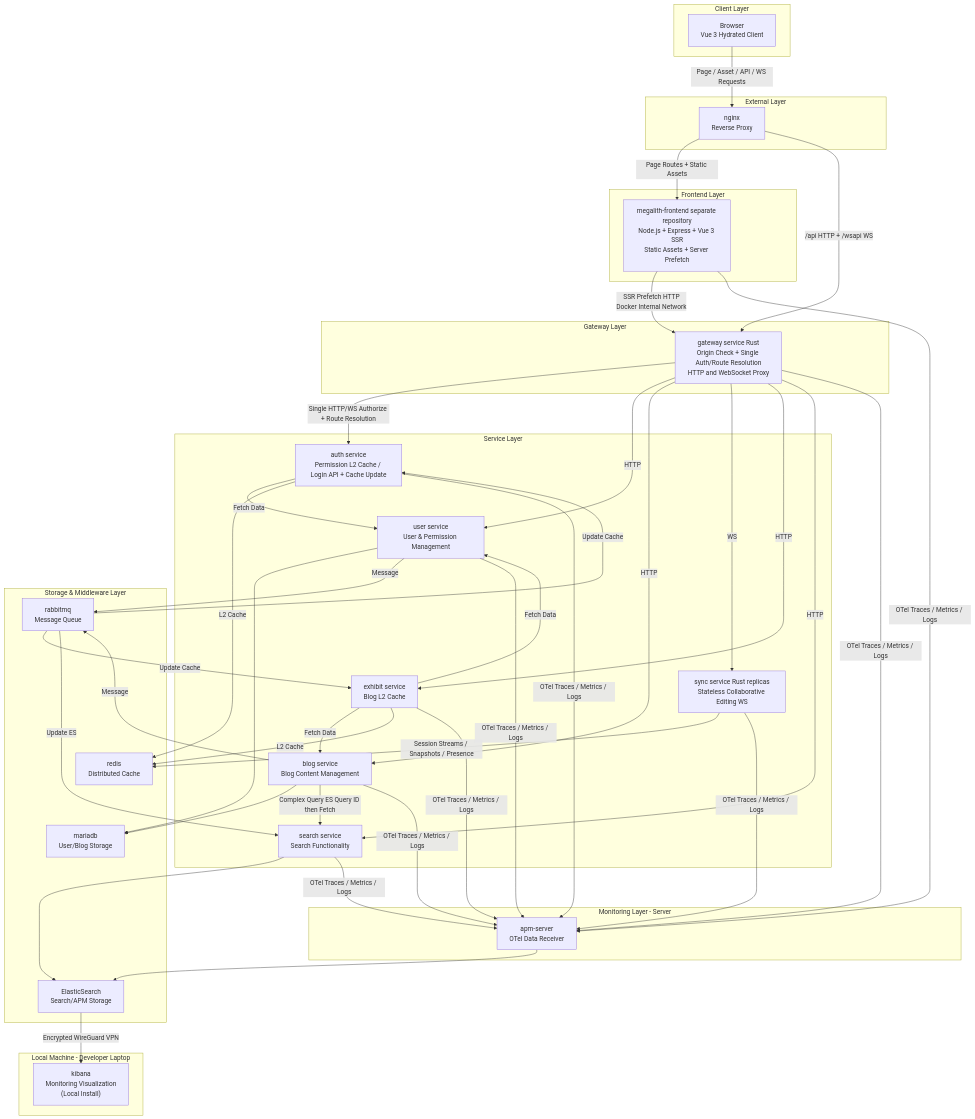
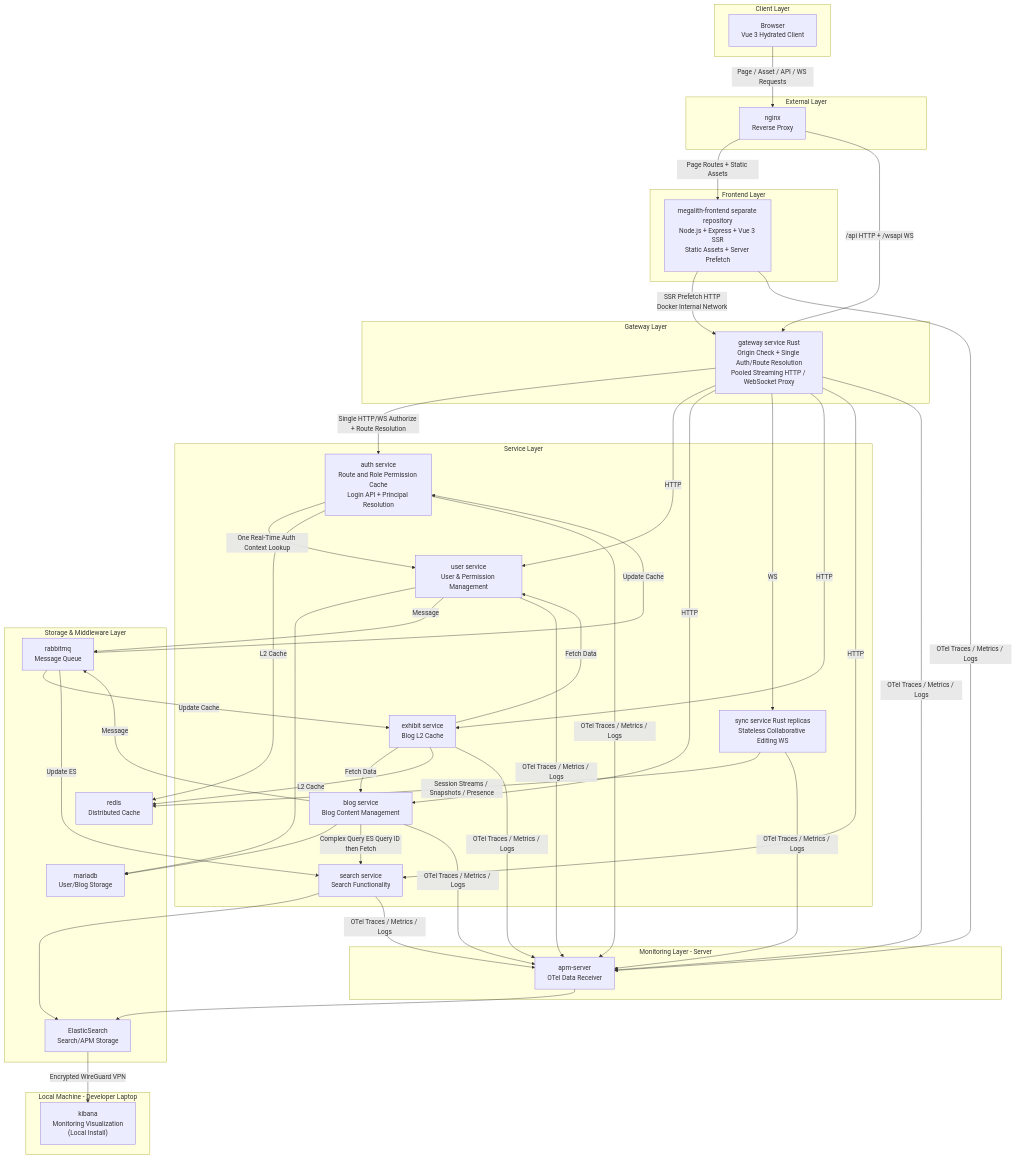
The diagram in README.md (mingchiuli/megalith-micro), drawn with Mermaid before and after one commit. The commit also changed other lines of this file and 61 other files, not shown here.

````diff
--- a/README.md
+++ b/README.md
@@ -12,68 +12,68 @@
 ```mermaid
 graph TD
     %% Layer Definitions
     subgraph ClientLayer[Client Layer]
         Browser["Browser<br/>Vue 3 Hydrated Client"]
     end
     subgraph ExternalLayer[External Layer]
         Nginx["nginx<br/>Reverse Proxy"]
     end
     subgraph FrontendLayer[Frontend Layer]
         Frontend["megalith-frontend separate repository<br/>Node.js + Express + Vue 3 SSR<br/>Static Assets + Server Prefetch"]
     end
     subgraph GatewayLayer[Gateway Layer]
-        Gateway["gateway service Rust<br/>Origin Check + Single Auth/Route Resolution<br/>HTTP and WebSocket Proxy"]
+        Gateway["gateway service Rust<br/>Origin Check + Single Auth/Route Resolution<br/>Pooled Streaming HTTP / WebSocket Proxy"]
     end
     subgraph ServiceLayer[Service Layer]
-        Auth["auth service<br/>Permission L2 Cache / Login API + Cache Update"]
+        Auth["auth service<br/>Route and Role Permission Cache<br/>Login API + Principal Resolution"]
         User["user service<br/>User & Permission Management"]
         Blog["blog service<br/>Blog Content Management"]
         Sync["sync service Rust replicas<br/>Stateless Collaborative Editing WS"]
         Exhibit["exhibit service<br/>Blog L2 Cache"]
         Search["search service<br/>Search Functionality"]
     end
     subgraph StorageLayer[Storage & Middleware Layer]
         MariaDB["mariadb<br/>User/Blog Storage"]
         Redis["redis<br/>Distributed Cache"]
         RabbitMQ["rabbitmq<br/>Message Queue"]
         ES["ElasticSearch<br/>Search/APM Storage"]
     end
     subgraph MonitoringLayer[Monitoring Layer - Server]
         APMServer["apm-server<br/>OTel Data Receiver"]
     end
     subgraph LocalMachine[Local Machine - Developer Laptop]
         Kibana["kibana<br/>Monitoring Visualization<br/>(Local Install)"]
     end
     %% Traffic Flow: page requests use SSR; browser API calls bypass Node
     Browser -->|Page / Asset / API / WS Requests| Nginx
     Nginx -->|Page Routes + Static Assets| Frontend
     Nginx -->|/api HTTP + /wsapi WS| Gateway
     Frontend -->|SSR Prefetch HTTP<br/>Docker Internal Network| Gateway
     Gateway -->|Single HTTP/WS Authorize + Route Resolution| Auth
     Gateway -->|HTTP| User
     Gateway -->|HTTP| Blog
     Gateway -->|WS| Sync
     Gateway -->|HTTP| Exhibit
     Gateway -->|HTTP| Search
     %% Business Dependencies
     User --> MariaDB
     Blog --> MariaDB
     Exhibit -->|Fetch Data| User
     Exhibit -->|Fetch Data| Blog
-    Auth -->|Fetch Data| User
+    Auth -->|One Real-Time Auth Context Lookup| User
     Search --> ES
     Blog -->|Complex Query ES Query ID then Fetch| Search
     %% Messages & Cache Auth receives RabbitMQ messages to update cache
     User -->|Message| RabbitMQ
     Blog -->|Message| RabbitMQ
     RabbitMQ -->|Update Cache| Exhibit
     RabbitMQ -->|Update ES| Search
     RabbitMQ -->|Update Cache| Auth
     Exhibit -->|L2 Cache| Redis
     Auth -->|L2 Cache| Redis
     Sync -->|Session Streams / Snapshots / Presence| Redis
     %% Monitoring Flow
     Frontend & User & Blog & Auth & Exhibit & Search & Sync & Gateway -->|OTel Traces / Metrics / Logs| APMServer
     APMServer --> ES
     ES -->|Encrypted WireGuard VPN| Kibana
 ```
````
